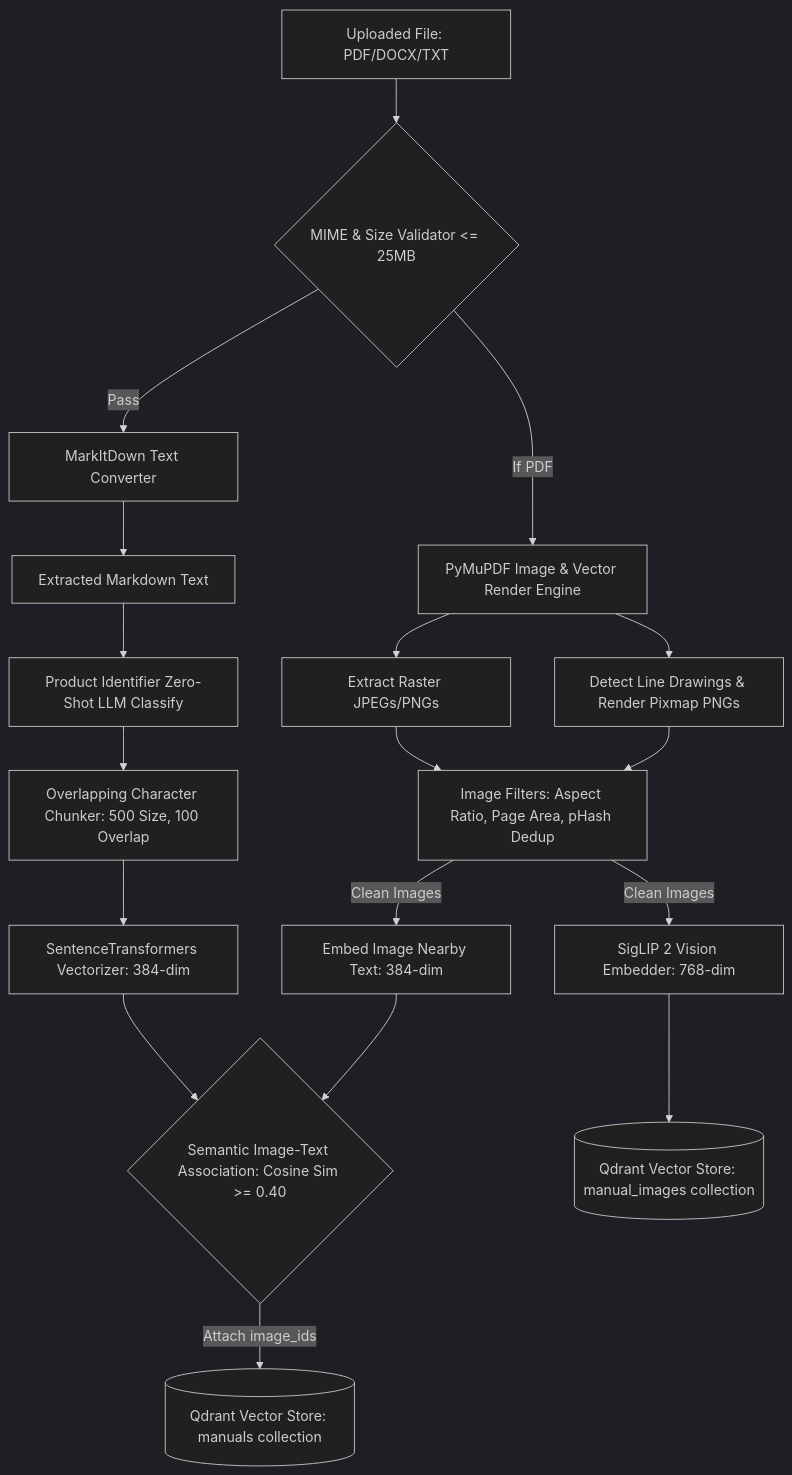
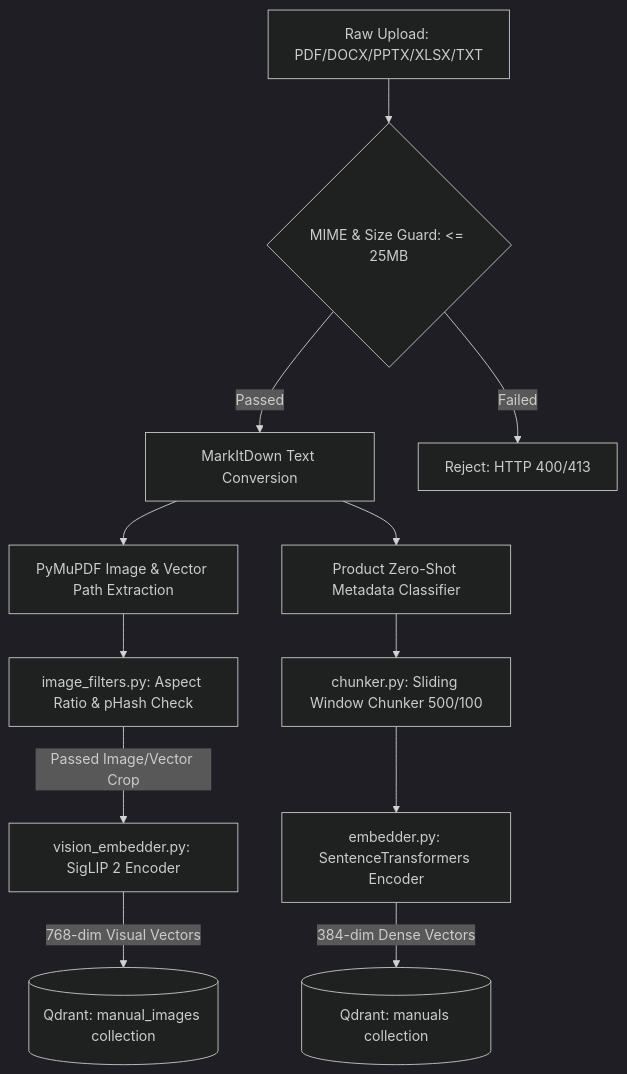
Before and after one commit to Santhosh-p653/rag-multimodal-assistant: the first of 6 diagrams in architecture.md, drawn with Mermaid (dark theme). The commit also changed other lines of this file and 2 other files, not shown here.

````diff
--- a/architecture.md
+++ b/architecture.md
@@ -11,28 +33,17 @@
 ```mermaid
 graph TD
-    RawFile[Uploaded File: PDF/DOCX/TXT] --> SecurityCheck{MIME & Size Validator <= 25MB}
+    A[Raw Upload: PDF/DOCX/PPTX/XLSX/TXT] --> B{MIME & Size Guard: <= 25MB}
+    B -->|Passed| C[MarkItDown Text Conversion]
+    B -->|Failed| Drop[Reject: HTTP 400/413]
     
-    SecurityCheck -->|Pass| TextEngine[MarkItDown Text Converter]
-    SecurityCheck -->|If PDF| PyMuPDFEngine[PyMuPDF Image & Vector Render Engine]
+    C --> D[PyMuPDF Image & Vector Path Extraction]
+    D --> E[image_filters.py: Aspect Ratio & pHash Check]
     
-    TextEngine --> MarkdownText[Extracted Markdown Text]
-    MarkdownText --> ZeroShot[Product Identifier Zero-Shot LLM Classify]
-    ZeroShot --> Chunker[Overlapping Character Chunker: 500 Size, 100 Overlap]
+    E -->|Passed Image/Vector Crop| F[vision_embedder.py: SigLIP 2 Encoder]
+    F -->|768-dim Visual Vectors| G[(Qdrant: manual_images collection)]
     
-    PyMuPDFEngine --> RasterExtract[Extract Raster JPEGs/PNGs]
-    PyMuPDFEngine --> VectorRender[Detect Line Drawings & Render Pixmap PNGs]
-    
-    RasterExtract --> ImageFilters[Image Filters: Aspect Ratio, Page Area, pHash Dedup]
-    VectorRender --> ImageFilters
-    
-    ImageFilters -->|Clean Images| NearbyEmbed[Embed Image Nearby Text: 384-dim]
-    ImageFilters -->|Clean Images| SigLIPEmbed[SigLIP 2 Vision Embedder: 768-dim]
-    
-    Chunker --> TextEmbed[SentenceTransformers Vectorizer: 384-dim]
-    
-    TextEmbed --> LocalAssoc{Semantic Image-Text Association: Cosine Sim >= 0.40}
-    NearbyEmbed --> LocalAssoc
-    
-    LocalAssoc -->|Attach image_ids| TextQdrant[(Qdrant Vector Store: manuals collection)]
-    SigLIPEmbed --> VisionQdrant[(Qdrant Vector Store: manual_images collection)]
+    C --> H[Product Zero-Shot Metadata Classifier]
+    H --> I[chunker.py: Sliding Window Chunker 500/100]
+    I --> J[embedder.py: SentenceTransformers Encoder]
+    J -->|384-dim Dense Vectors| K[(Qdrant: manuals collection)]
 ```
````
